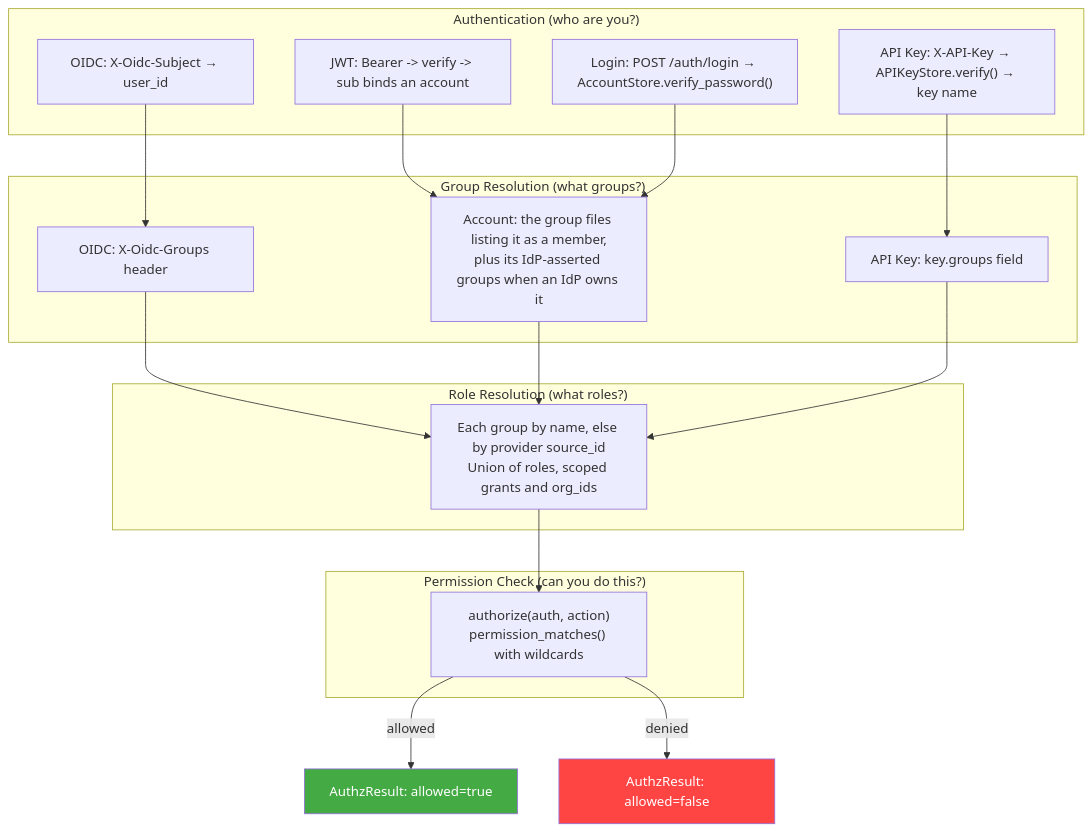
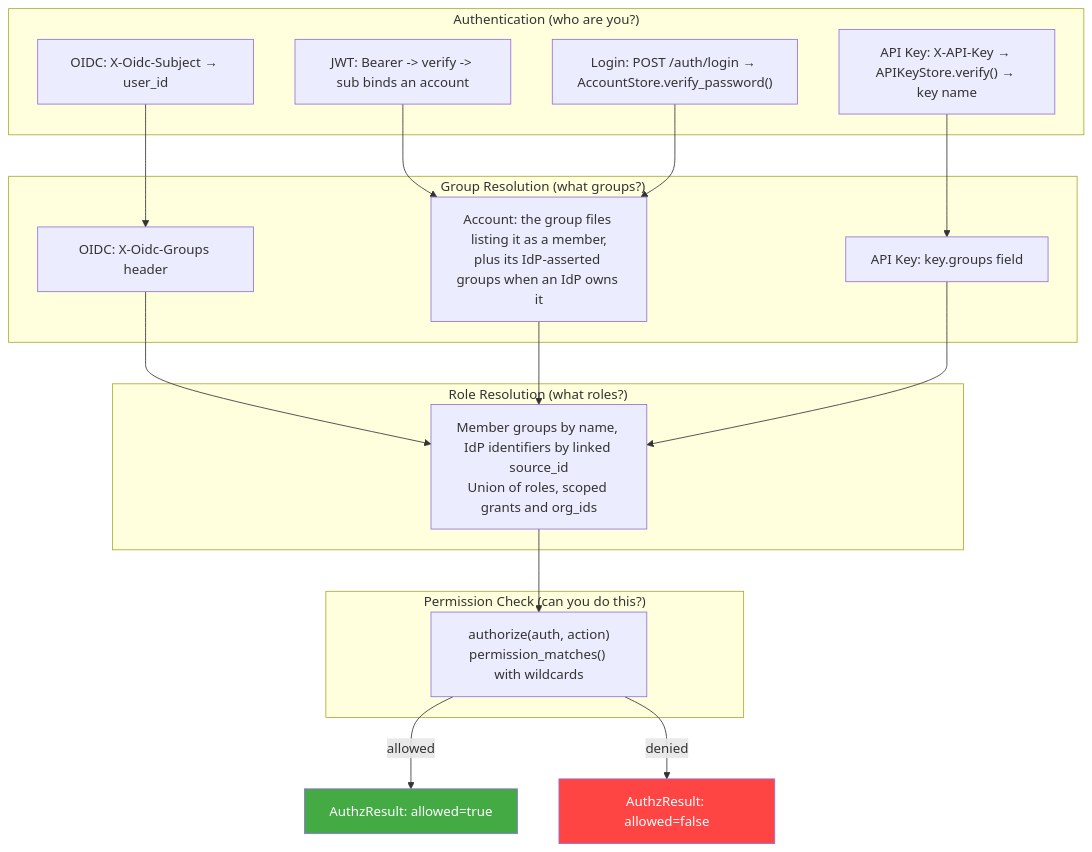
Before and after one commit to hyperi-io/dfe-engine: the third of 10 diagrams in docs/control-plane/rbac.md, drawn with Mermaid. The commit also changed other lines of this file, not shown here.

First line of the commit message:
fix: say how an idp group links in the rbac doc

````diff
--- a/docs/control-plane/rbac.md
+++ b/docs/control-plane/rbac.md
@@ -210,40 +210,40 @@
 ```mermaid
 flowchart TD
     subgraph "Authentication (who are you?)"
         OIDC_AUTH["OIDC: X-Oidc-Subject → user_id"]
         KEY_AUTH["API Key: X-API-Key → APIKeyStore.verify() → key name"]
         JWT_AUTH["JWT: Bearer -> verify -> sub binds an account"]
         LOCAL_AUTH["Login: POST /auth/login → AccountStore.verify_password()"]
     end
 
     subgraph "Group Resolution (what groups?)"
         OIDC_GRP["OIDC: X-Oidc-Groups header"]
         ACCT_GRP["Account: the group files listing it as a member,<br/>plus its IdP-asserted groups when an IdP owns it"]
         KEY_GRP["API Key: key.groups field"]
     end
 
     subgraph "Role Resolution (what roles?)"
-        ROLE_RES["Each group by name, else by provider source_id<br/>Union of roles, scoped grants and org_ids"]
+        ROLE_RES["Member groups by name, IdP identifiers by linked source_id<br/>Union of roles, scoped grants and org_ids"]
     end
 
     subgraph "Permission Check (can you do this?)"
         PERM["authorize(auth, action)<br/>permission_matches() with wildcards"]
     end
 
     OIDC_AUTH --> OIDC_GRP
     KEY_AUTH --> KEY_GRP
     JWT_AUTH --> ACCT_GRP
     LOCAL_AUTH --> ACCT_GRP
 
     OIDC_GRP --> ROLE_RES
     ACCT_GRP --> ROLE_RES
     KEY_GRP --> ROLE_RES
 
     ROLE_RES --> PERM
 
     PERM -->|allowed| ALLOW[AuthzResult: allowed=true]
     PERM -->|denied| DENY[AuthzResult: allowed=false]
 
     style ALLOW fill:#4a4,color:#fff
     style DENY fill:#f44,color:#fff
 ```
````
